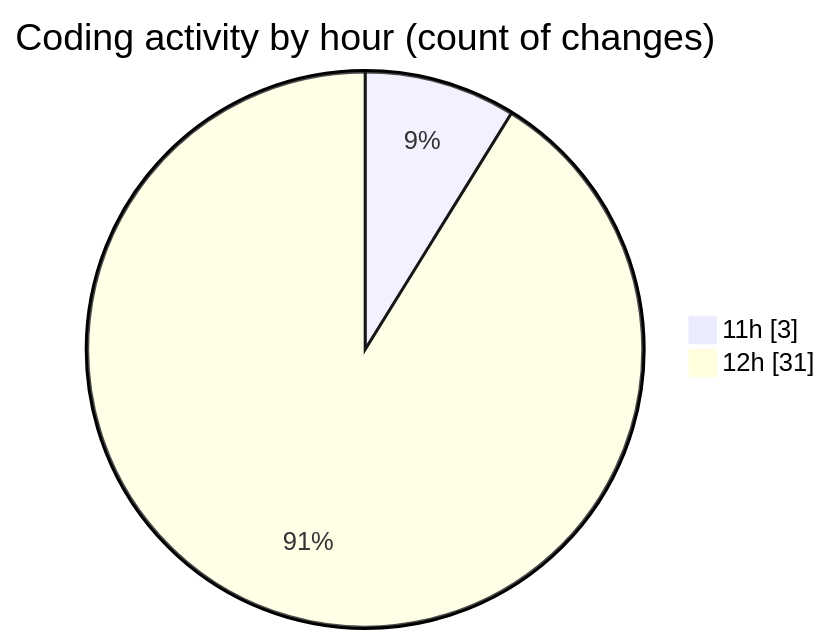
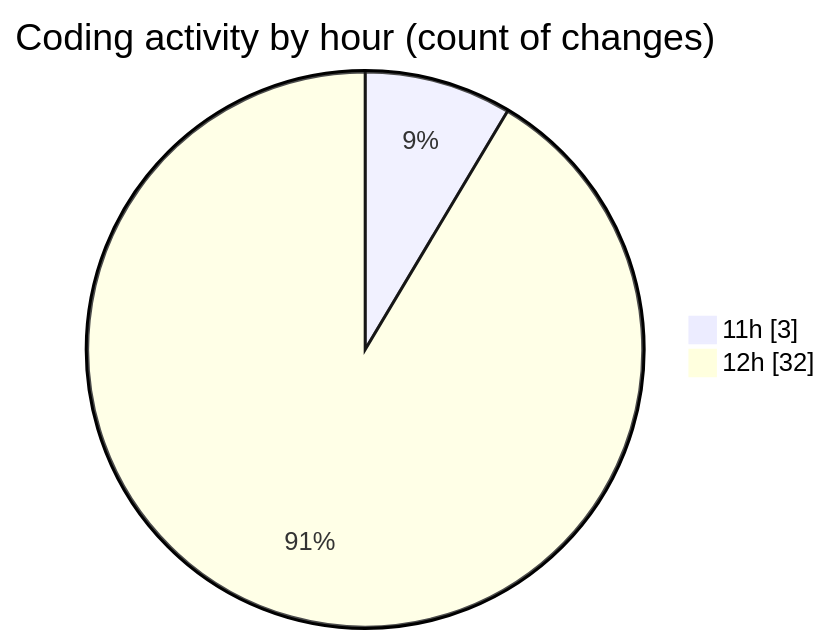
One commit to nxtqubesakshisongat/code-tracking changed the second of 2 diagrams in 2025-05-07/nxtqube_webapp/README.md. Above: the diagram before and after it, drawn with Mermaid. The commit also changed other lines of this file and 1 other file, not shown here.

````diff
--- a/2025-05-07/nxtqube_webapp/README.md
+++ b/2025-05-07/nxtqube_webapp/README.md
@@ -28,6 +28,6 @@
 ```mermaid
 pie showData
 title Coding activity by hour (count of changes)
 "11h" : 3
-"12h" : 31
+"12h" : 32
 ```
````
